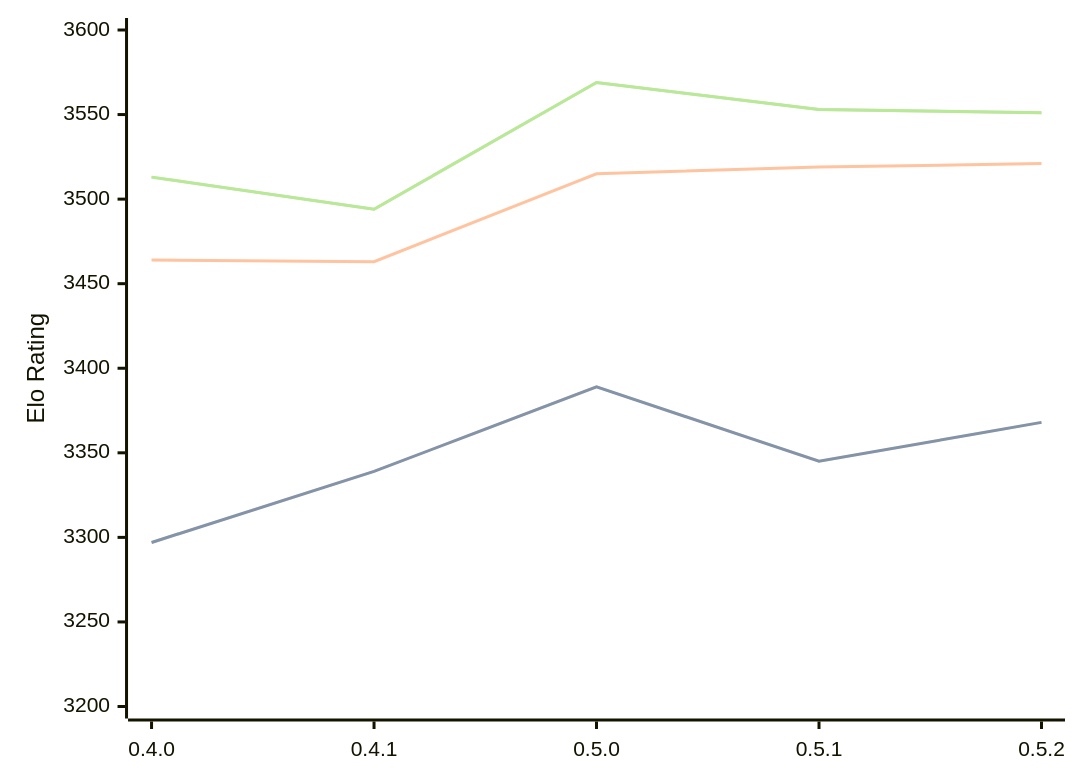
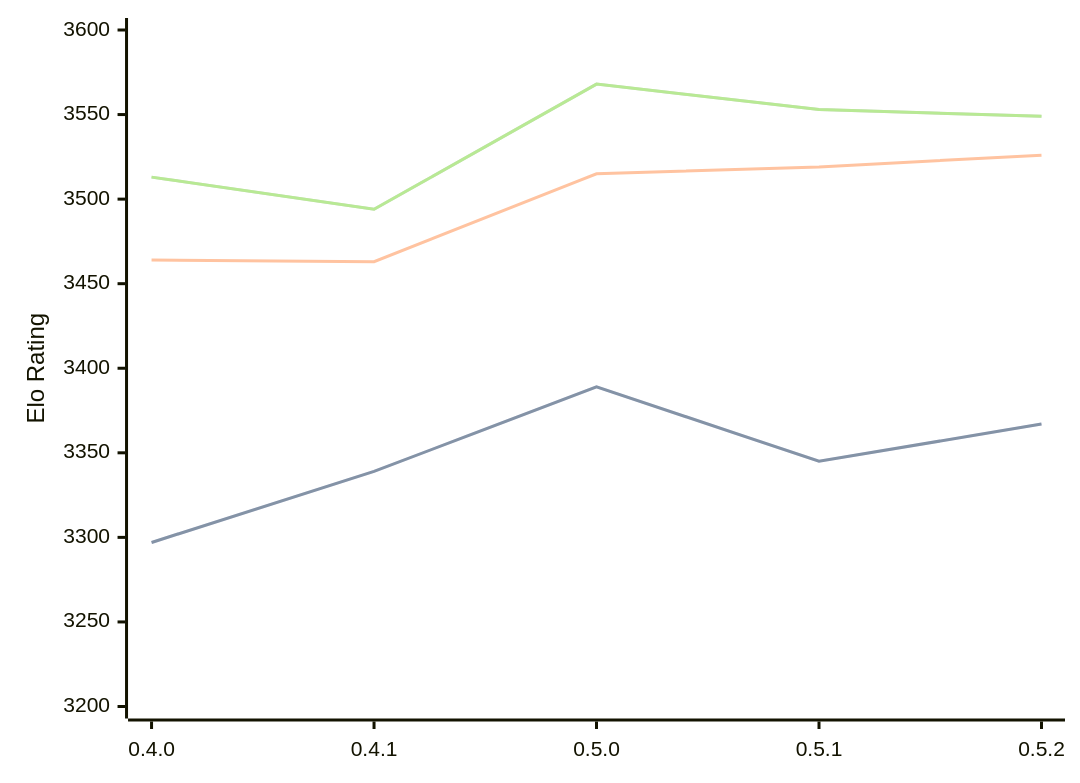
Before and after one commit to computer-chess-index/cci: the diagram in engines/Cinder.md, drawn with Mermaid. The commit also changed other lines of this file, not shown here.

Commit message:
Update CCI Ratings (ELO VLTC) - 2026-07-21

````diff
--- a/engines/Cinder.md
+++ b/engines/Cinder.md
@@ -43,11 +43,11 @@
 ```mermaid
 %%{init: {"theme":"base","themeVariables":{"seriesColors:['#a3a3a3','#222221','#faa371']}}}%%
 xychart-beta
   x-axis ["0.4.0", "0.4.1", "0.5.0", "0.5.1", "0.5.2"]
   y-axis "Elo Rating" 3200 --> 3600
-  line "STC (8.0+0.08s)" [3297, 3339, 3389, 3345, 3368]
-  line "STC (8.0+0.08s)" [3297, 3339, 3389, 3345, 3368]
-  line "LTC (60.0+0.60s)" [3464, 3463, 3515, 3519, 3521]
-  line "VLTC (2m24s+1.12s)" [3513, 3494, 3569, 3553, 3551]
-  line "VLTC (2m24s+1.12s)" [3513, 3494, 3569, 3553, 3551]
+  line "STC (8.0+0.08s)" [3297, 3339, 3389, 3345, 3367]
+  line "STC (8.0+0.08s)" [3297, 3339, 3389, 3345, 3367]
+  line "LTC (60.0+0.60s)" [3464, 3463, 3515, 3519, 3526]
+  line "VLTC (2m24s+1.12s)" [3513, 3494, 3568, 3553, 3549]
+  line "VLTC (2m24s+1.12s)" [3513, 3494, 3568, 3553, 3549]
 ```
````
